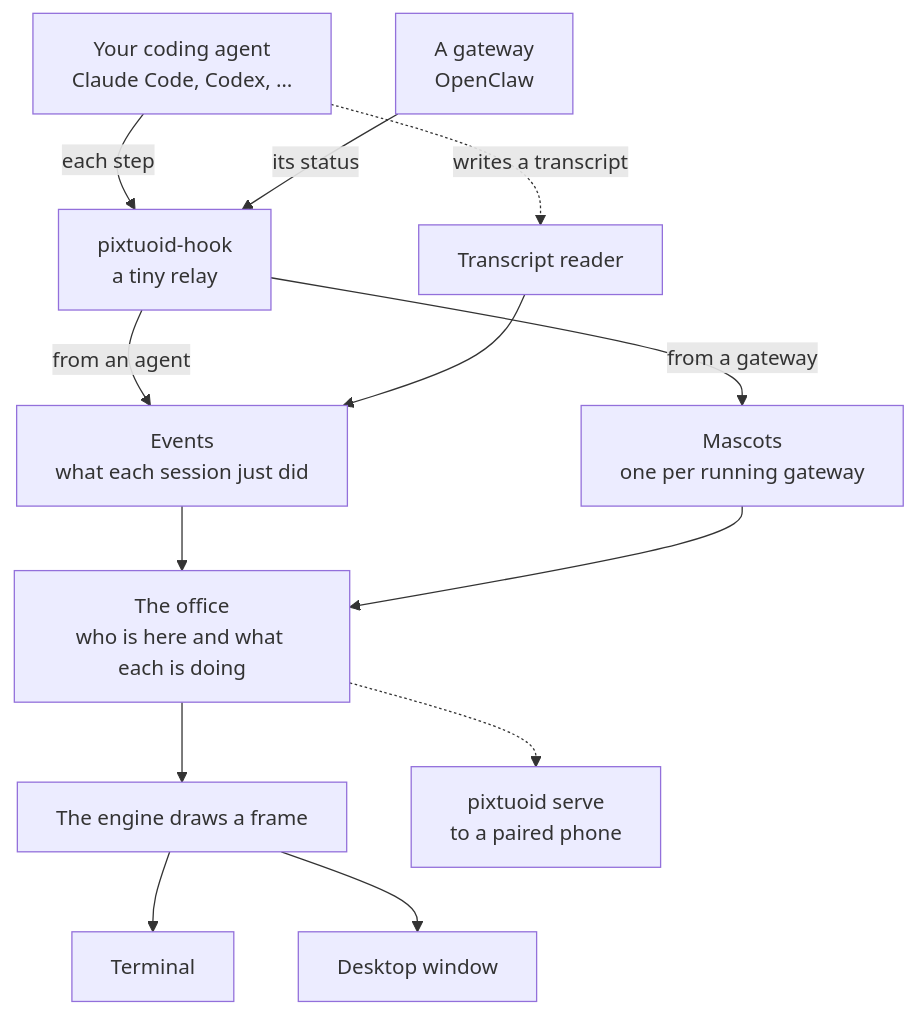
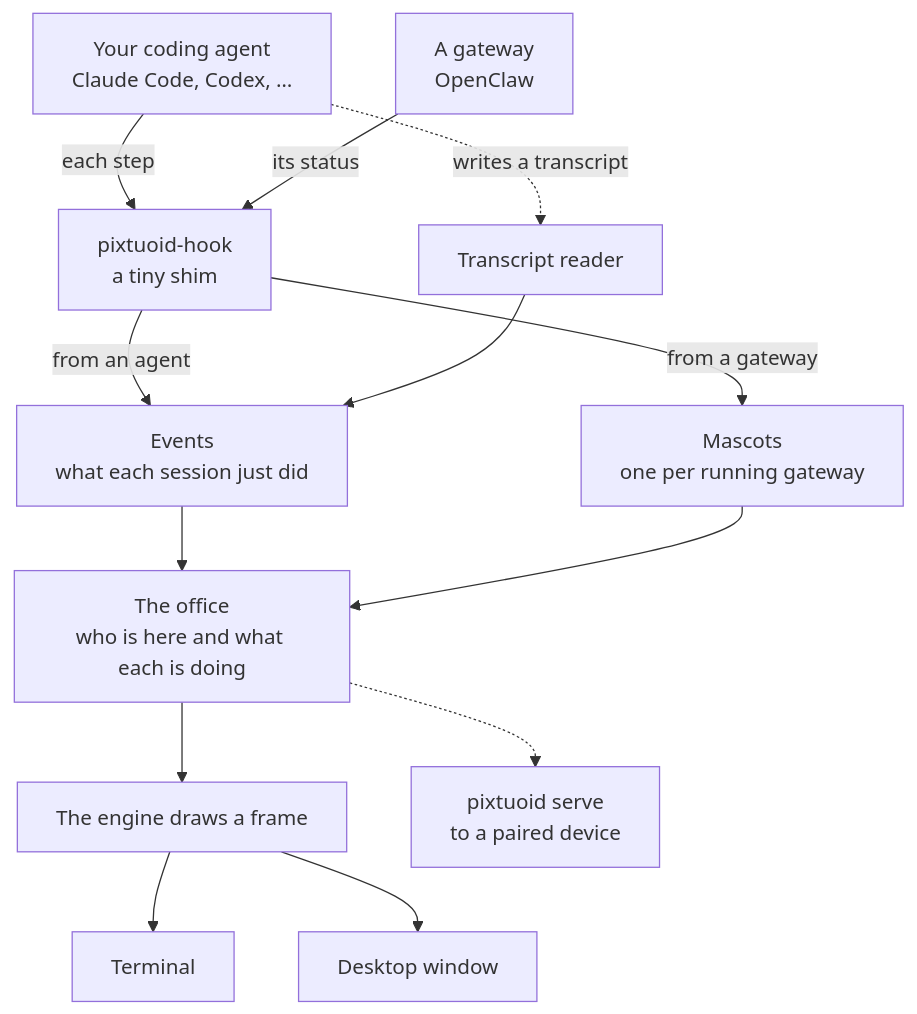
Before and after one commit to pixtuoid/pixtuoid: the diagram in docs/ARCHITECTURE.md, drawn with Mermaid.

Commit message:
docs: ARCHITECTURE.md's diagram uses the page's own words for the shim and the paired device
"Relay" already names core's cross-instance fan-out, and serve pairs
with devices, an iPad as much as a phone.

Claude-Session: https://claude.ai/code/session_016RwXvvrCYCaVB3ZepeKVKL

````diff
--- a/docs/ARCHITECTURE.md
+++ b/docs/ARCHITECTURE.md
@@ -48,25 +48,25 @@
 ```mermaid
 flowchart TB
   accTitle: How a coding session becomes a sprite
-  accDescr: Your coding agent reports each step through pixtuoid-hook, a tiny relay, and pixtuoid also reads the transcript the agent writes. Both become events that update one picture of the office, who is there and what each is doing, which the engine draws in the terminal or a desktop window; pixtuoid serve can send it to a paired phone. A gateway such as OpenClaw reports through the same relay and shows up as a wandering mascot instead of a desk.
+  accDescr: Your coding agent reports each step through pixtuoid-hook, a tiny shim, and pixtuoid also reads the transcript the agent writes. Both become events that update one picture of the office, who is there and what each is doing, which the engine draws in the terminal or a desktop window; pixtuoid serve can send it to a paired device. A gateway such as OpenClaw reports through the same shim and shows up as a wandering mascot instead of a desk.
   AG["Your coding agent<br/>Claude Code, Codex, …"]
   GW["A gateway<br/>OpenClaw"]
-  HK["pixtuoid-hook<br/>a tiny relay"]
+  HK["pixtuoid-hook<br/>a tiny shim"]
   TR["Transcript reader"]
   EV["Events<br/>what each session just did"]
   MS["Mascots<br/>one per running gateway"]
   ST["The office<br/>who is here and what each is doing"]
   EN["The engine draws a frame"]
   AG -->|each step| HK
   AG -.->|writes a transcript| TR
   GW -->|its status| HK
   HK -->|from an agent| EV
   HK -->|from a gateway| MS
   TR --> EV
   EV --> ST
   MS --> ST
   ST --> EN
   EN --> T1["Terminal"]
   EN --> T2["Desktop window"]
-  ST -.-> SV["pixtuoid serve<br/>to a paired phone"]
+  ST -.-> SV["pixtuoid serve<br/>to a paired device"]
 ```
````
